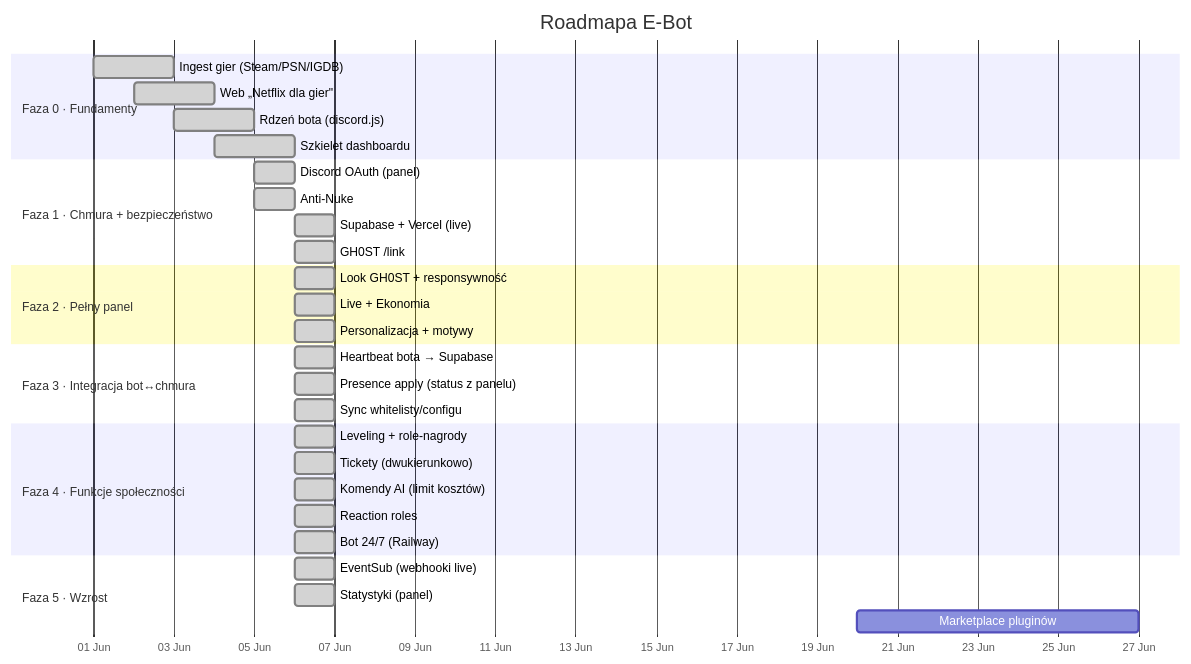
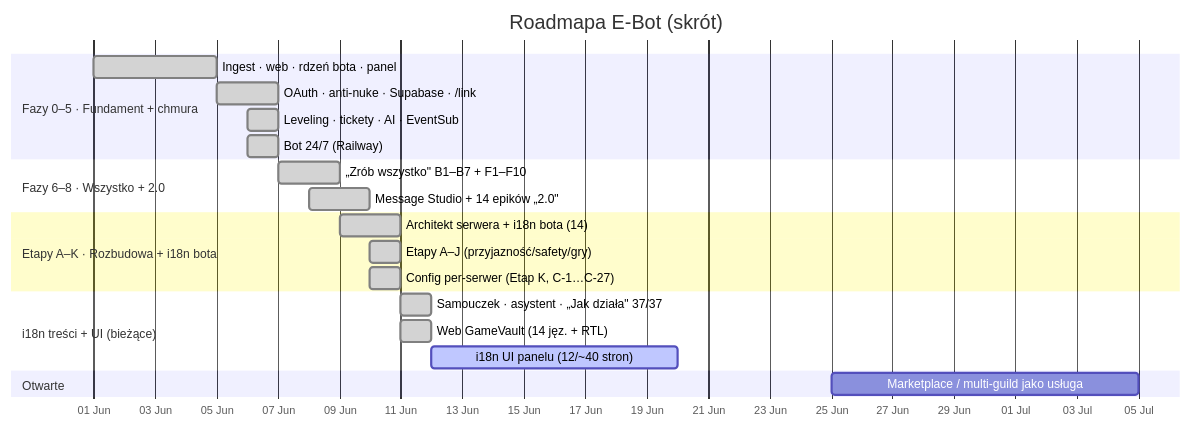
One commit to Gh0s777tt/E-Bot changed the first of 2 diagrams in docs/ROADMAP.md. Above: the diagram before and after it, drawn with Mermaid. The commit also changed other lines of this file and 9 other files, not shown here.

First line of the commit message:
chore(docs): synchronizacja PHASES/ROADMAP/README do v0.222 + strażnik sync

````diff
--- a/docs/ROADMAP.md
+++ b/docs/ROADMAP.md
@@ -18,34 +23,24 @@
 ```mermaid
 gantt
-  title Roadmapa E-Bot
+  title Roadmapa E-Bot (skrót)
   dateFormat YYYY-MM-DD
   axisFormat %d %b
-  section Faza 0 · Fundamenty
-  Ingest gier (Steam/PSN/IGDB) :done,  f0a, 2026-06-01, 2d
-  Web „Netflix dla gier"       :done,  f0b, 2026-06-02, 2d
-  Rdzeń bota (discord.js)      :done,  f0c, 2026-06-03, 2d
-  Szkielet dashboardu          :done,  f0d, 2026-06-04, 2d
-  section Faza 1 · Chmura + bezpieczeństwo
-  Discord OAuth (panel)        :done,  f1a, 2026-06-05, 1d
-  Anti-Nuke                    :done,  f1b, 2026-06-05, 1d
-  Supabase + Vercel (live)     :done,  f1c, 2026-06-06, 1d
-  GH0ST /link                  :done,  f1d, 2026-06-06, 1d
-  section Faza 2 · Pełny panel
-  Look GH0ST + responsywność   :done,  f2a, 2026-06-06, 1d
-  Live + Ekonomia              :done,  f2b, 2026-06-06, 1d
-  Personalizacja + motywy      :done,  f2c, 2026-06-06, 1d
-  section Faza 3 · Integracja bot↔chmura
-  Heartbeat bota → Supabase    :done, f3a, 2026-06-06, 1d
-  Presence apply (status z panelu) :done, f3b, 2026-06-06, 1d
-  Sync whitelisty/configu      :done, f3c, 2026-06-06, 1d
-  section Faza 4 · Funkcje społeczności
-  Leveling + role-nagrody      :done, f4a, 2026-06-06, 1d
-  Tickety (dwukierunkowo)      :done, f4b, 2026-06-06, 1d
-  Komendy AI (limit kosztów)   :done, f4c, 2026-06-06, 1d
-  Reaction roles               :done, f4d, 2026-06-06, 1d
-  Bot 24/7 (Railway)           :done, f4e, 2026-06-06, 1d
-  section Faza 5 · Wzrost
-  EventSub (webhooki live)     :done, f5a, 2026-06-06, 1d
-  Statystyki (panel)           :done, f5b, 2026-06-06, 1d
-  Marketplace pluginów         :     f5c, 2026-06-20, 7d
+  section Fazy 0–5 · Fundament + chmura
+  Ingest · web · rdzeń bota · panel    :done, f0, 2026-06-01, 4d
+  OAuth · anti-nuke · Supabase · /link :done, f1, 2026-06-05, 2d
+  Leveling · tickety · AI · EventSub   :done, f4, 2026-06-06, 1d
+  Bot 24/7 (Railway)                   :done, f5, 2026-06-06, 1d
+  section Fazy 6–8 · Wszystko + 2.0
+  „Zrób wszystko" B1–B7 + F1–F10       :done, f7, 2026-06-07, 2d
+  Message Studio + 14 epików „2.0"     :done, f8, 2026-06-08, 2d
+  section Etapy A–K · Rozbudowa + i18n bota
+  Architekt serwera + i18n bota (14)   :done, ek1, 2026-06-09, 2d
+  Etapy A–J (przyjazność/safety/gry)   :done, ek2, 2026-06-10, 1d
+  Config per-serwer (Etap K, C-1…C-27) :done, ek3, 2026-06-10, 1d
+  section i18n treści + UI (bieżące)
+  Samouczek · asystent · „Jak działa" 37/37 :done, i1, 2026-06-11, 1d
+  Web GameVault (14 jęz. + RTL)        :done, i2, 2026-06-11, 1d
+  i18n UI panelu (12/~40 stron)        :active, i3, 2026-06-12, 8d
+  section Otwarte
+  Marketplace / multi-guild jako usługa :        mk, 2026-06-25, 10d
 ```
````
